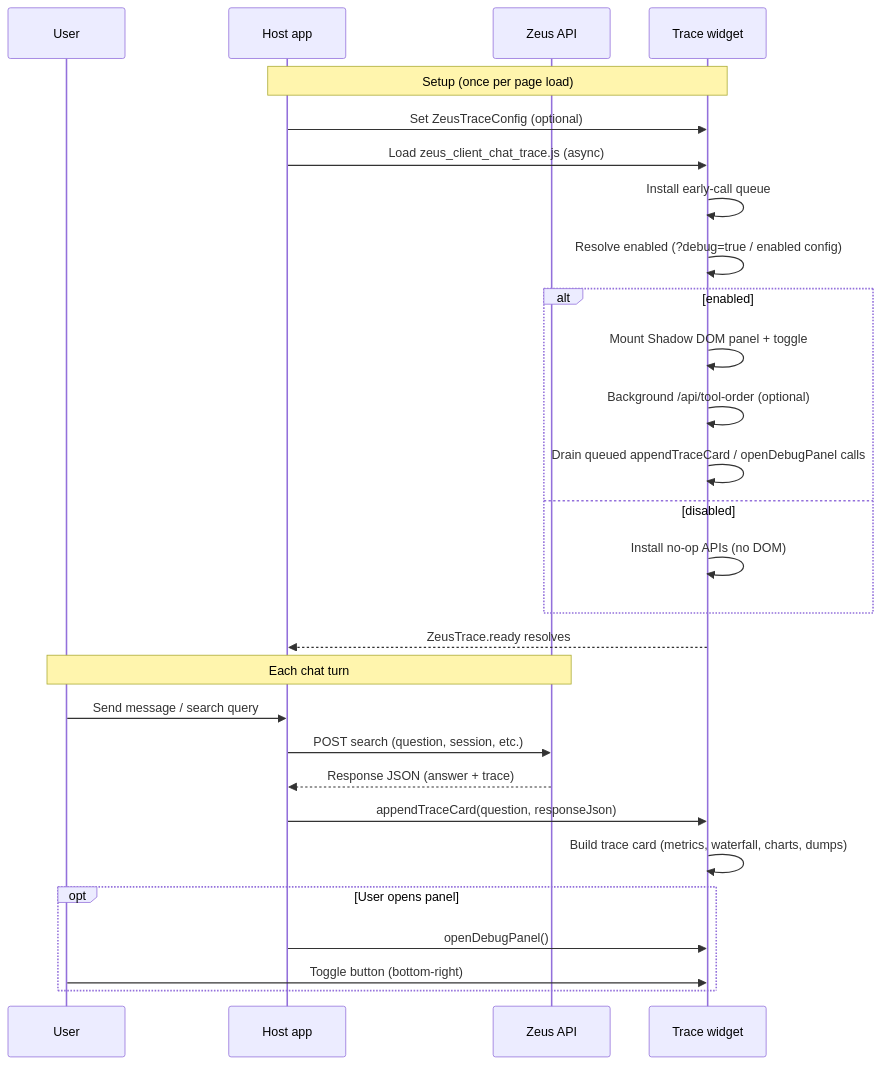
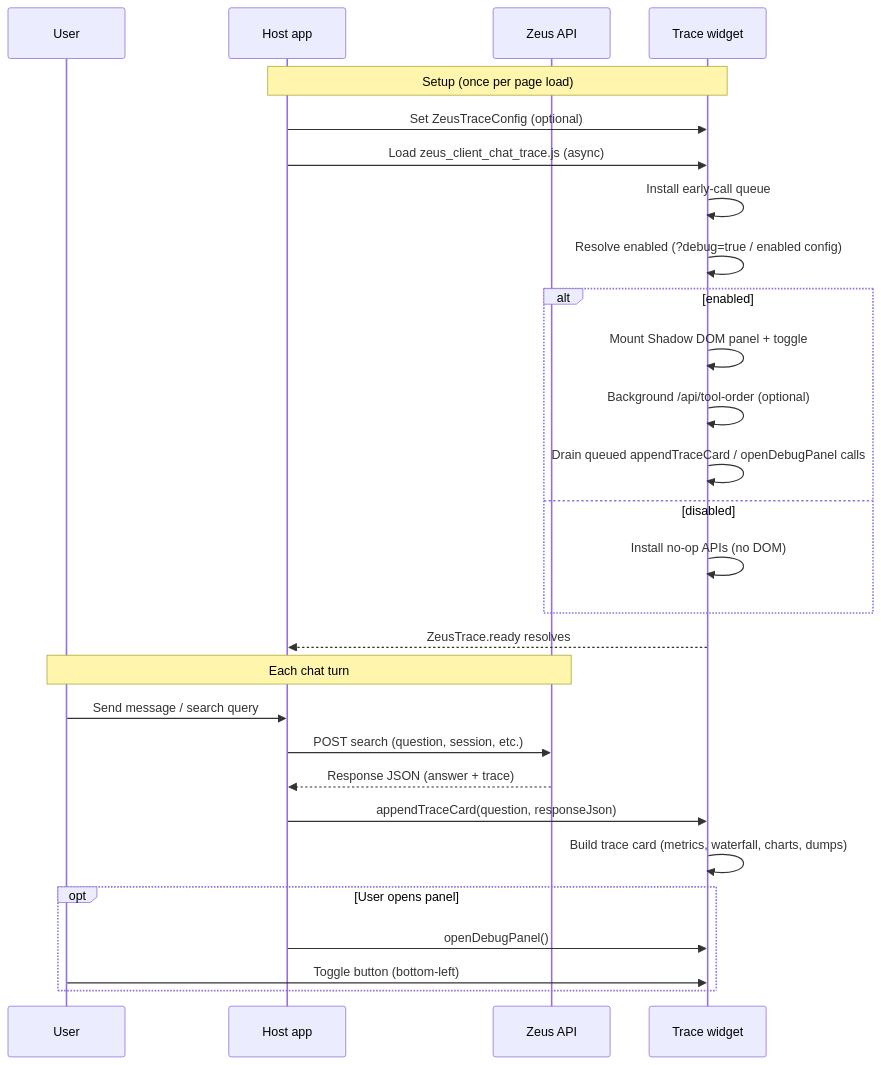
The diagram in README.md (koten-ai/zeus_client_chat_trace), drawn with Mermaid before and after one commit. The commit also changed other lines of this file and 37 other files, not shown here.

````diff
--- a/README.md
+++ b/README.md
@@ -27,32 +29,32 @@
 ```mermaid
 sequenceDiagram
     participant User
     participant Host as Host app
     participant Zeus as Zeus API
     participant Widget as Trace widget
 
     Note over Host,Widget: Setup (once per page load)
     Host->>Widget: Set ZeusTraceConfig (optional)
     Host->>Widget: Load zeus_client_chat_trace.js (async)
     Widget->>Widget: Install early-call queue
     Widget->>Widget: Resolve enabled (?debug=true / enabled config)
     alt enabled
         Widget->>Widget: Mount Shadow DOM panel + toggle
         Widget->>Widget: Background /api/tool-order (optional)
         Widget->>Widget: Drain queued appendTraceCard / openDebugPanel calls
     else disabled
         Widget->>Widget: Install no-op APIs (no DOM)
     end
     Widget-->>Host: ZeusTrace.ready resolves
 
     Note over User,Zeus: Each chat turn
     User->>Host: Send message / search query
     Host->>Zeus: POST search (question, session, etc.)
     Zeus-->>Host: Response JSON (answer + trace)
     Host->>Widget: appendTraceCard(question, responseJson)
     Widget->>Widget: Build trace card (metrics, waterfall, charts, dumps)
     opt User opens panel
         Host->>Widget: openDebugPanel()
-        User->>Widget: Toggle button (bottom-right)
+        User->>Widget: Toggle button (bottom-left)
     end
 ```
````
